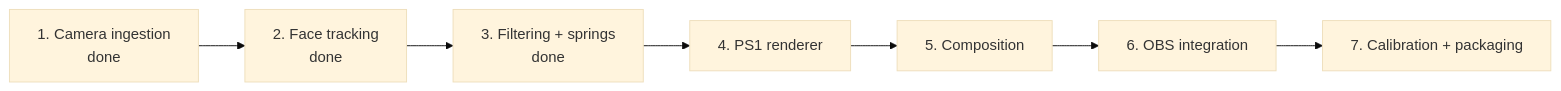
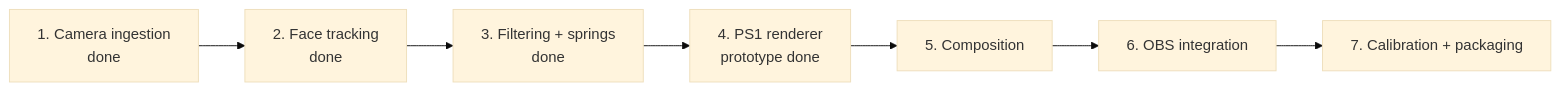
Before and after one commit to Zanark/KardboardCode-VTuber: the first of 3 diagrams in docs/08-roadmap/README.md, drawn with Mermaid (base theme). The commit also changed other lines of this file and 10 other files, not shown here.

````diff
--- a/docs/08-roadmap/README.md
+++ b/docs/08-roadmap/README.md
@@ -9,9 +9,9 @@
 ```mermaid
 flowchart LR
     Done["1. Camera ingestion<br/>done"] --> Track["2. Face tracking<br/>done"]
     Track --> Filter["3. Filtering + springs<br/>done"]
-    Filter --> Render["4. PS1 renderer"]
+    Filter --> Render["4. PS1 renderer<br/>prototype done"]
     Render --> Compose["5. Composition"]
     Compose --> OBS["6. OBS integration"]
     OBS --> Polish["7. Calibration + packaging"]
 ```
````
